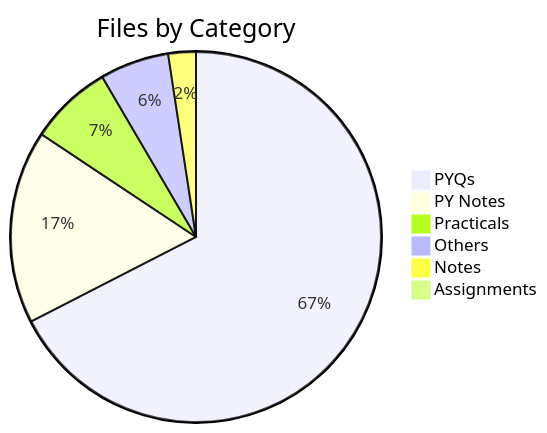
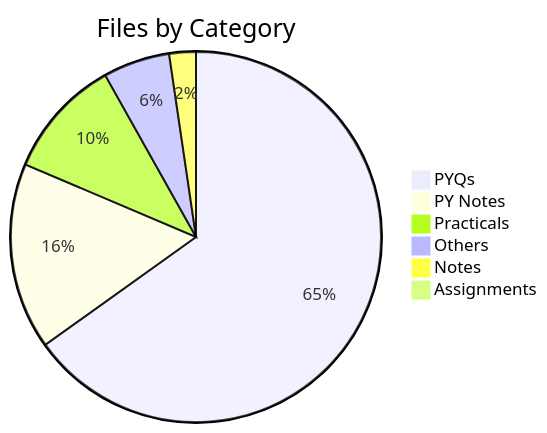
One commit to Mandar-Kshirsagar/TYIT-SEM-5 changed the second of 4 diagrams in README.md. Above: the diagram before and after it, drawn with Mermaid. The commit also changed other lines of this file and 1 other file, not shown here.

````diff
--- a/README.md
+++ b/README.md
@@ -34,9 +34,9 @@
 ```mermaid
 pie title Files by Category
     "PYQs" : 56
     "PY Notes" : 14
-    "Practicals" : 6
+    "Practicals" : 9
     "Others" : 5
     "Notes" : 2
     "Assignments" : 0
 ```
````
